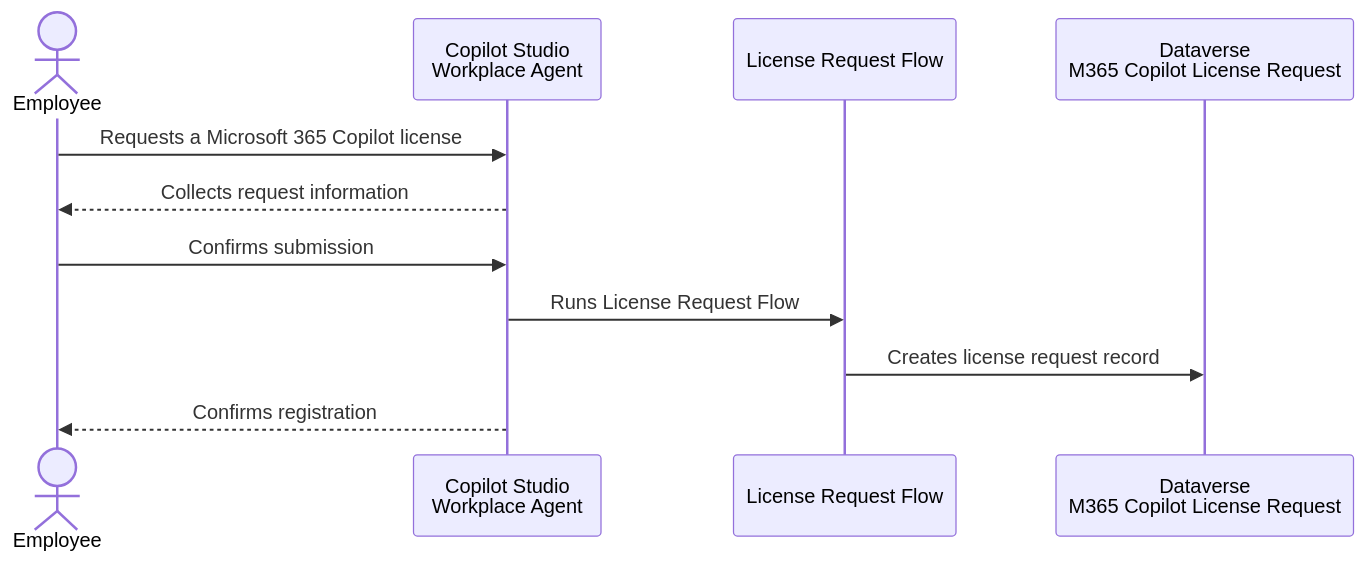
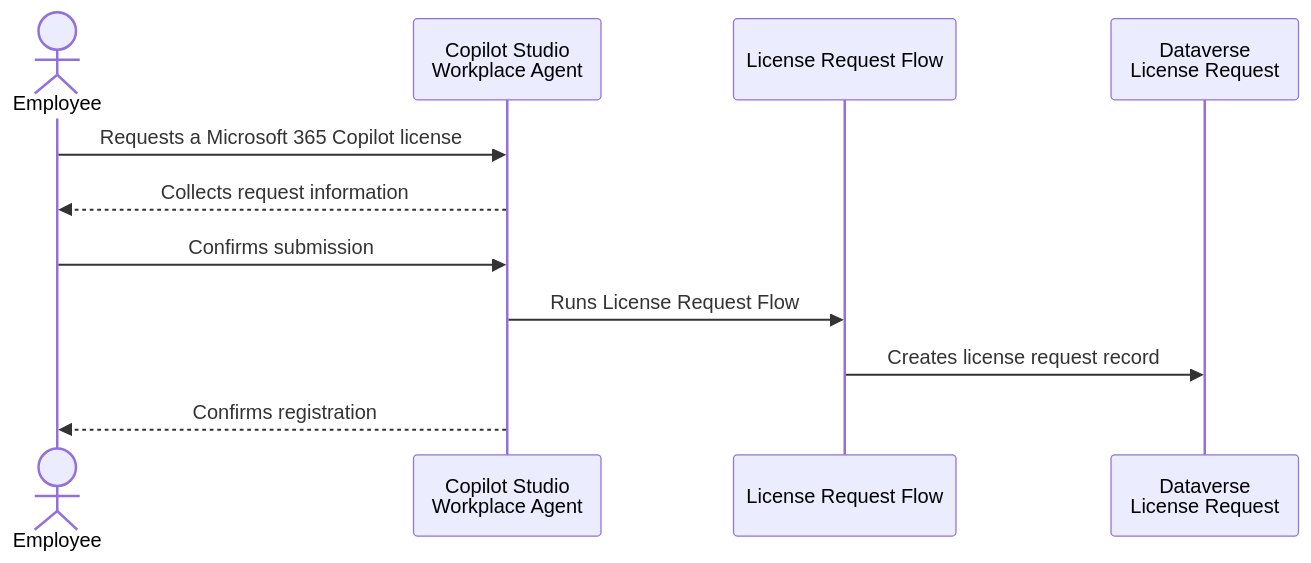
The fourth of 4 diagrams in 01-scenarios/Workplace-Agent/2.Architecture.md (microsoft/ai-agent-runbooks), drawn with Mermaid before and after one commit. The commit also changed other lines of this file, not shown here.

````diff
--- a/01-scenarios/Workplace-Agent/2.Architecture.md
+++ b/01-scenarios/Workplace-Agent/2.Architecture.md
@@ -187,14 +187,14 @@
 ```mermaid
 sequenceDiagram
     actor Employee as Employee
     participant Agent as Copilot Studio<br/>Workplace Agent
     participant Flow as License Request Flow
-    participant DV as Dataverse<br/>M365 Copilot License Request
+    participant DV as Dataverse<br/>License Request
 
     Employee->>Agent: Requests a Microsoft 365 Copilot license
     Agent-->>Employee: Collects request information
     Employee->>Agent: Confirms submission
     Agent->>Flow: Runs License Request Flow
     Flow->>DV: Creates license request record
     Agent-->>Employee: Confirms registration
 ```
````
